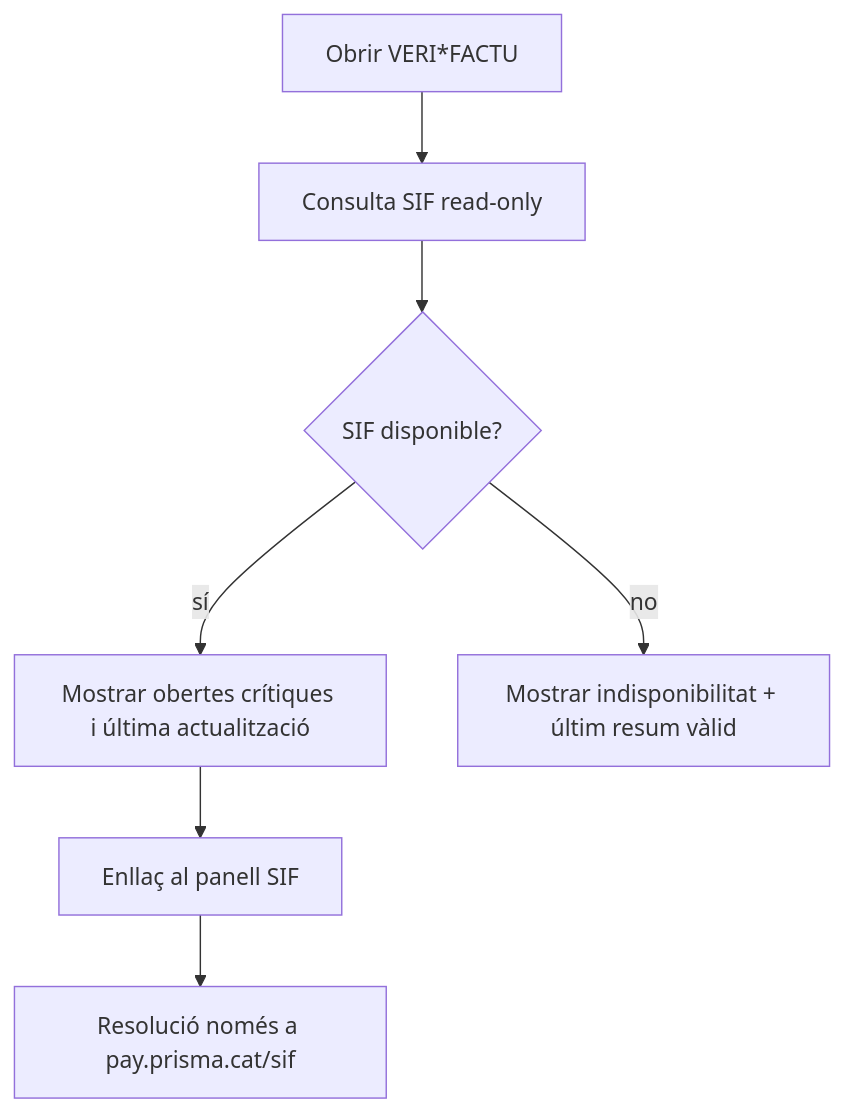
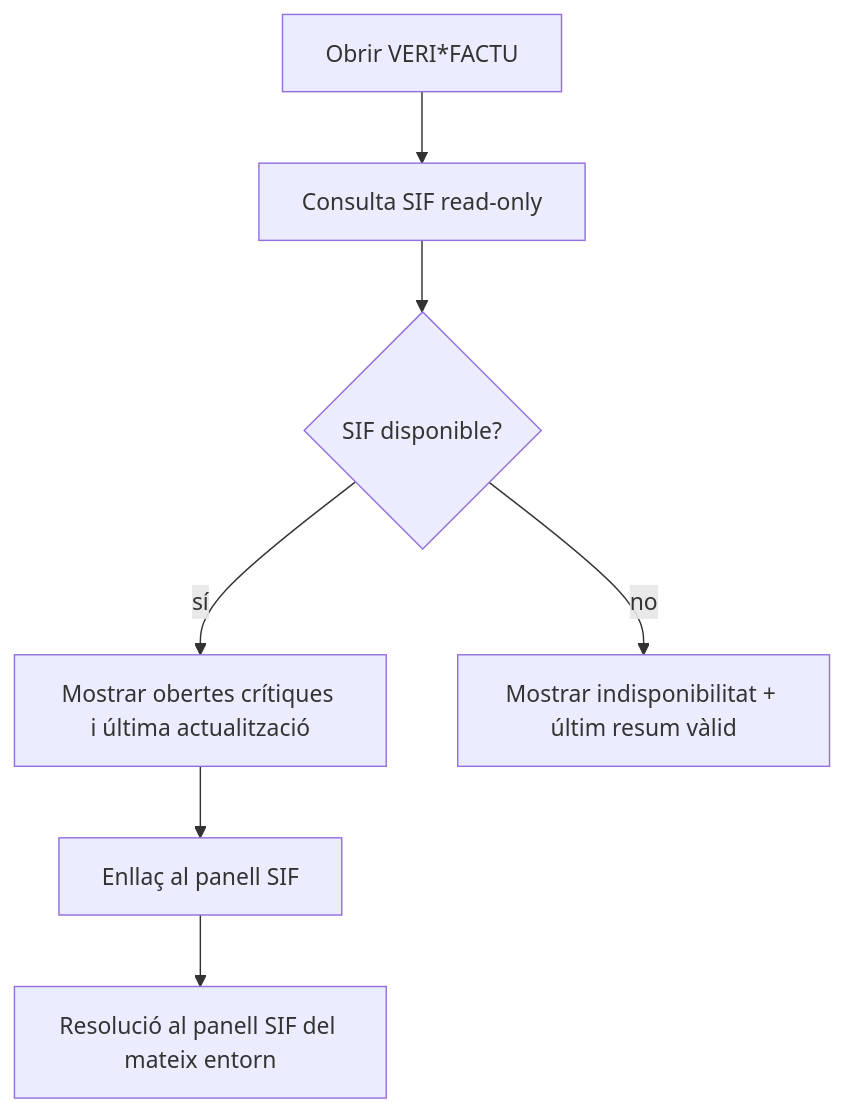
One commit to orgmeriemprismacat-del/verifactu changed diagram 18 of 20 in documentacio/07-uml-integrat/uc-008-activitats-pagines-incidencies-actual-final.md. Above: the diagram before and after it, drawn with Mermaid. The commit also changed other lines of this file, not shown here.

Commit message:
docs(UC-008): afegir activitat acceptacio entorn fail closed

````diff
--- a/documentacio/07-uml-integrat/uc-008-activitats-pagines-incidencies-actual-final.md
+++ b/documentacio/07-uml-integrat/uc-008-activitats-pagines-incidencies-actual-final.md
@@ -267,9 +268,9 @@
 ```mermaid
 flowchart TD
 A[Obrir VERI*FACTU] --> B[Consulta SIF read-only]
 B --> C{SIF disponible?}
 C -->|sí| D[Mostrar obertes crítiques i última actualització]
 D --> E[Enllaç al panell SIF]
 C -->|no| F[Mostrar indisponibilitat + últim resum vàlid]
-E --> G[Resolució només a pay.prisma.cat/sif]
+E --> G[Resolució al panell SIF del mateix entorn]
 ```
````
